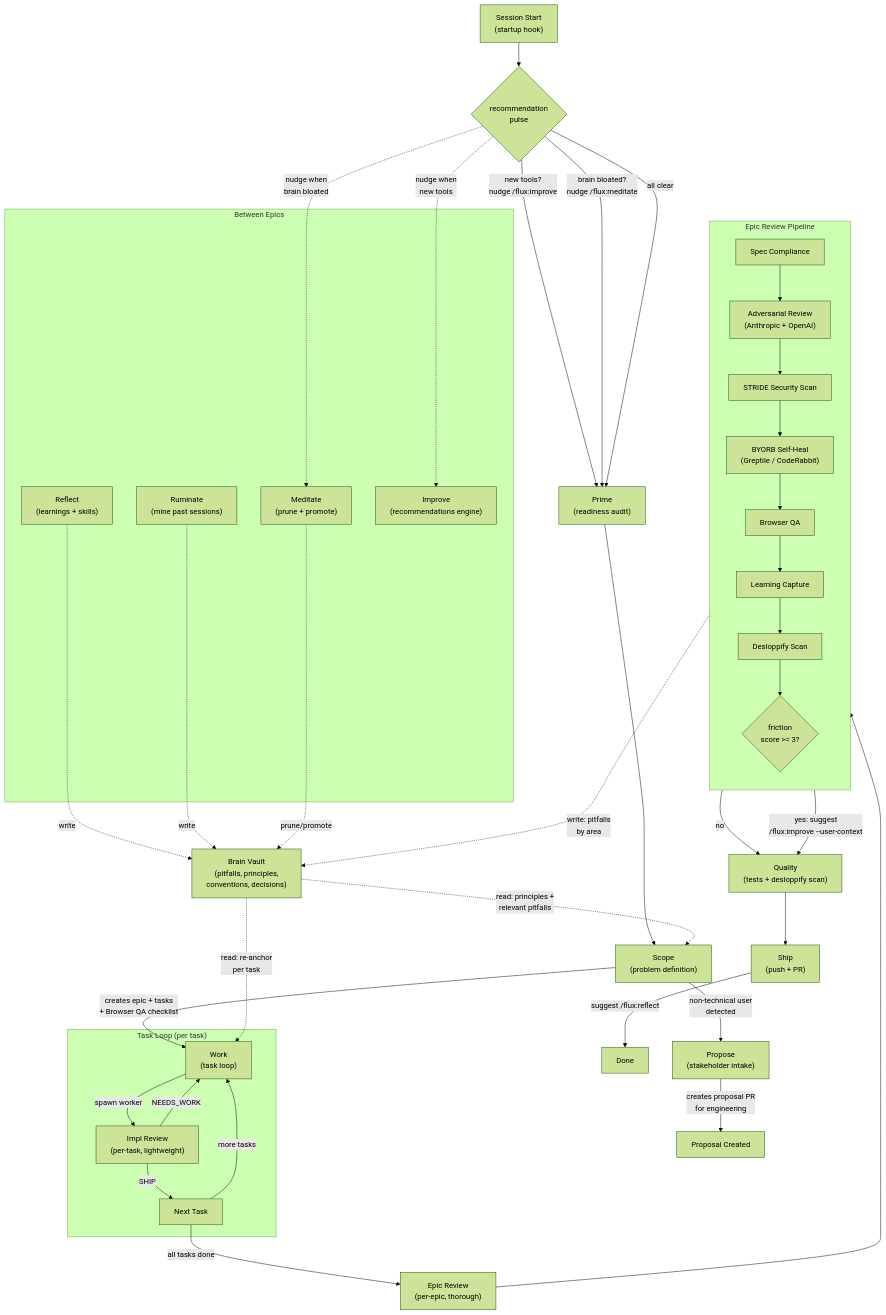
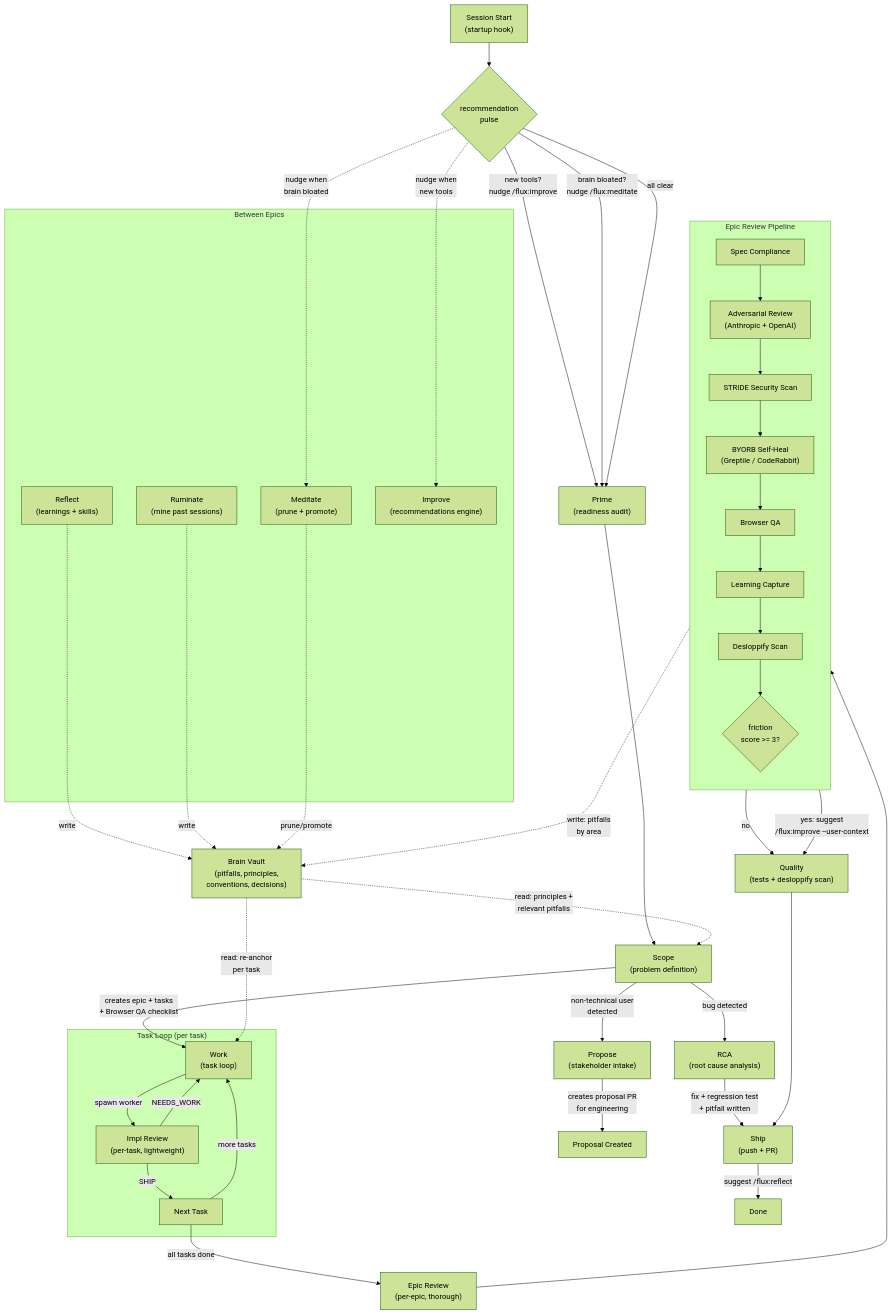
One commit to Nairon-AI/flux changed the diagram in README.md. Above: the diagram before and after it, drawn with Mermaid (forest theme). The commit also changed other lines of this file and 4 other files, not shown here.

First line of the commit message:
feat: add /flux:rca for root cause analysis of bugs

````diff
--- a/README.md
+++ b/README.md
@@ -194,76 +194,79 @@
 ```mermaid
 flowchart TD
     SessionStart["Session Start<br/>(startup hook)"]
     Pulse{"recommendation<br/>pulse"}
     Prime["Prime<br/>(readiness audit)"]
     Propose["Propose<br/>(stakeholder intake)"]
+    RCA["RCA<br/>(root cause analysis)"]
     Scope["Scope<br/>(problem definition)"]
     Work["Work<br/>(task loop)"]
     ImplReview["Impl Review<br/>(per-task, lightweight)"]
     EpicReview["Epic Review<br/>(per-epic, thorough)"]
     Quality["Quality<br/>(tests + desloppify scan)"]
     Ship["Ship<br/>(push + PR)"]
 
     SessionStart --> Pulse
     Pulse -->|"new tools?<br/>nudge /flux:improve"| Prime
     Pulse -->|"brain bloated?<br/>nudge /flux:meditate"| Prime
     Pulse -->|"all clear"| Prime
     Prime --> Scope
     Scope -->|"non-technical user<br/>detected"| Propose
     Propose -->|"creates proposal PR<br/>for engineering"| ProposeDone["Proposal Created"]
+    Scope -->|"bug detected"| RCA
+    RCA -->|"fix + regression test<br/>+ pitfall written"| Ship
     Scope -->|"creates epic + tasks<br/>+ Browser QA checklist"| Work
 
     subgraph task_loop ["Task Loop (per task)"]
         Work -->|"spawn worker"| ImplReview
         ImplReview -->|"NEEDS_WORK"| Work
         ImplReview -->|"SHIP"| NextTask["Next Task"]
         NextTask -->|"more tasks"| Work
     end
 
     NextTask -->|"all tasks done"| EpicReview
 
     subgraph review_pipeline ["Epic Review Pipeline"]
         direction TB
         SpecCompliance["Spec Compliance"]
         Adversarial["Adversarial Review<br/>(Anthropic + OpenAI)"]
         SecurityScan["STRIDE Security Scan"]
         BotSelfHeal["BYORB Self-Heal<br/>(Greptile / CodeRabbit)"]
         BrowserQA["Browser QA"]
         LearningCapture["Learning Capture"]
         DesloppifyScan["Desloppify Scan"]
         FrustrationSignal{"friction<br/>score >= 3?"}
 
         SpecCompliance --> Adversarial
         Adversarial --> SecurityScan
         SecurityScan --> BotSelfHeal
         BotSelfHeal --> BrowserQA
         BrowserQA --> LearningCapture
         LearningCapture --> DesloppifyScan
         DesloppifyScan --> FrustrationSignal
     end
 
     EpicReview --> SpecCompliance
     FrustrationSignal -->|"no"| Quality
     FrustrationSignal -->|"yes: suggest<br/>/flux:improve --user-context"| Quality
     Quality --> Ship
     Ship -->|"suggest /flux:reflect"| Done["Done"]
 
     Brain["Brain Vault<br/>(pitfalls, principles,<br/>conventions, decisions)"]
 
     Brain -.->|"read: principles +<br/>relevant pitfalls"| Scope
     Brain -.->|"read: re-anchor<br/>per task"| Work
     LearningCapture -.->|"write: pitfalls<br/>by area"| Brain
 
     subgraph maintenance ["Between Epics"]
         Reflect["Reflect<br/>(learnings + skills)"]
         Ruminate["Ruminate<br/>(mine past sessions)"]
         Meditate["Meditate<br/>(prune + promote)"]
         Improve["Improve<br/>(recommendations engine)"]
     end
 
     Reflect -.->|"write"| Brain
     Ruminate -.->|"write"| Brain
     Meditate -.->|"prune/promote"| Brain
     Pulse -.->|"nudge when<br/>brain bloated"| Meditate
     Pulse -.->|"nudge when<br/>new tools"| Improve
 ```
````
